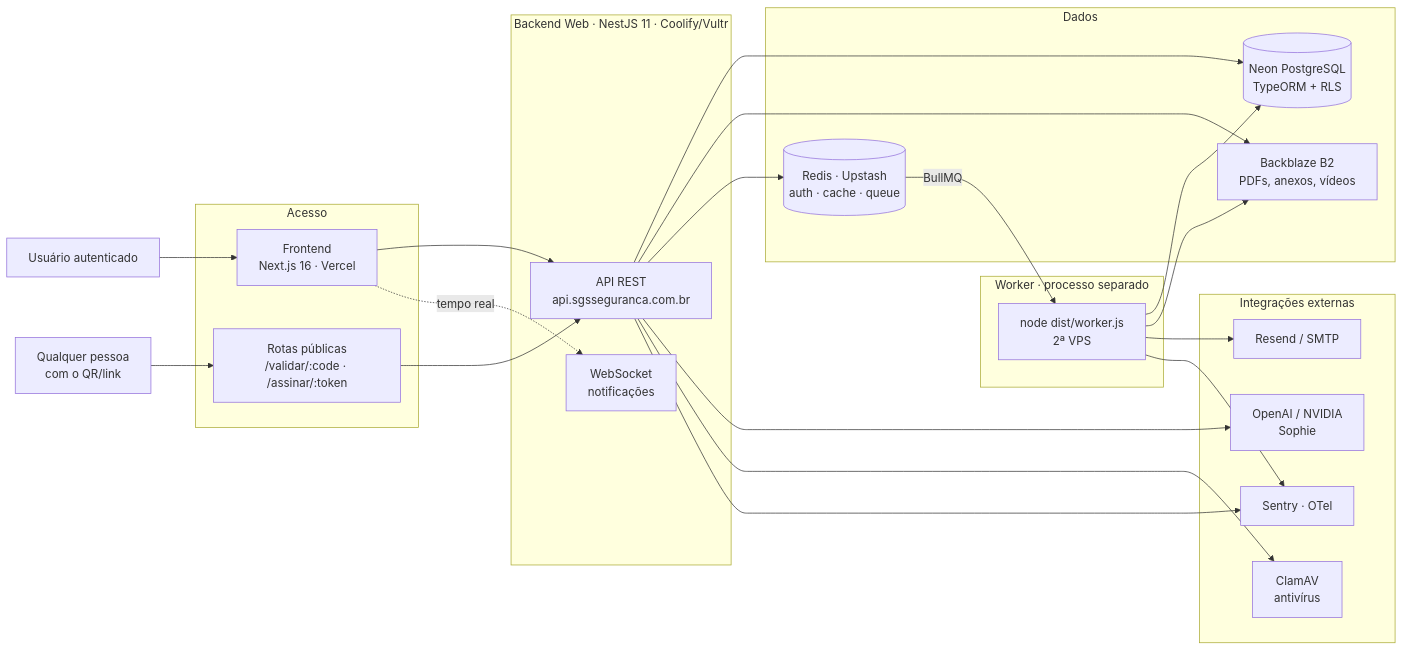
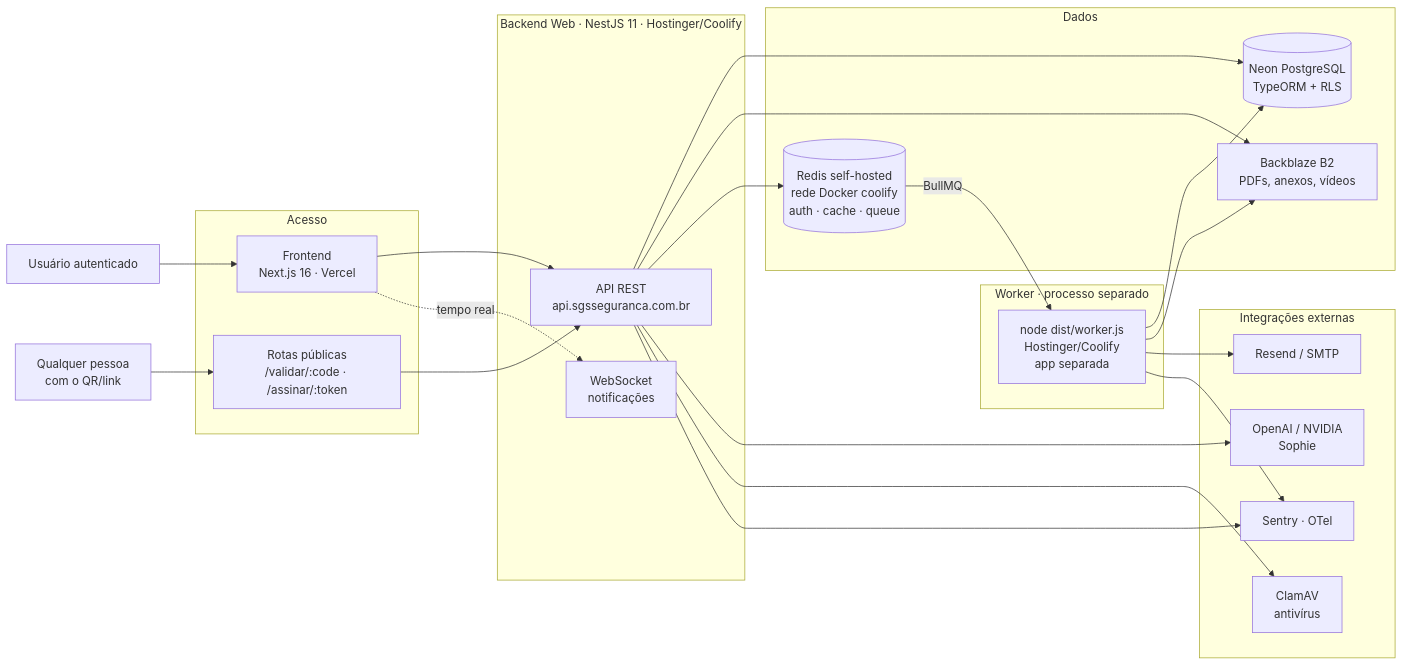
The first of 5 diagrams in docs/architecture/SGS-FLUXOGRAMA-COMPLETO.md (complianceX/sgsseguranca), drawn with Mermaid before and after one commit. The commit also changed other lines of this file and 55 other files, not shown here.

````diff
--- a/docs/architecture/SGS-FLUXOGRAMA-COMPLETO.md
+++ b/docs/architecture/SGS-FLUXOGRAMA-COMPLETO.md
@@ -51,49 +51,49 @@
 ```mermaid
 flowchart LR
     USER[Usuário autenticado]
     EXT[Qualquer pessoa<br/>com o QR/link]
 
     subgraph EDGE[Acesso]
         FE[Frontend<br/>Next.js 16 · Vercel]
         PUB[Rotas públicas<br/>/validar/:code · /assinar/:token]
     end
 
-    subgraph APP[Backend Web · NestJS 11 · Coolify/Vultr]
+    subgraph APP[Backend Web · NestJS 11 · Hostinger/Coolify]
         API[API REST<br/>api.sgsseguranca.com.br]
         WS[WebSocket<br/>notificações]
     end
 
     subgraph ASYNC[Worker · processo separado]
-        WORKER[node dist/worker.js<br/>2ª VPS]
+        WORKER[node dist/worker.js<br/>Hostinger/Coolify<br/>app separada]
     end
 
     subgraph DATA[Dados]
         PG[(Neon PostgreSQL<br/>TypeORM + RLS)]
-        REDIS[(Redis · Upstash<br/>auth · cache · queue)]
+        REDIS[(Redis self-hosted<br/>rede Docker coolify<br/>auth · cache · queue)]
         B2[Backblaze B2<br/>PDFs, anexos, vídeos]
     end
 
     subgraph EXTINT[Integrações externas]
         LLM[OpenAI / NVIDIA<br/>Sophie]
         MAIL[Resend / SMTP]
         AV[ClamAV<br/>antivírus]
         OBS[Sentry · OTel]
     end
 
     USER --> FE --> API
     EXT --> PUB --> API
     FE -. tempo real .-> WS
 
     API --> PG
     API --> B2
     API --> REDIS
     API --> LLM
     API --> AV
     API --> OBS
 
     REDIS -- BullMQ --> WORKER
     WORKER --> PG
     WORKER --> B2
     WORKER --> MAIL
     WORKER --> OBS
 ```
````
